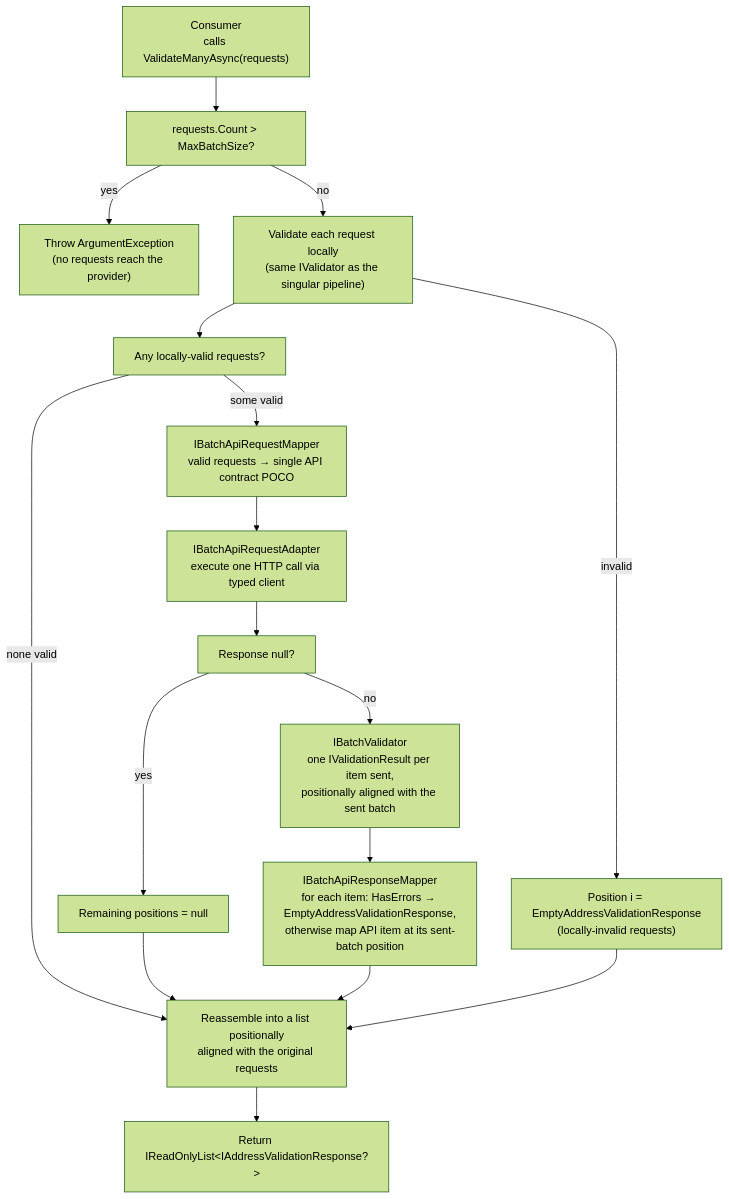
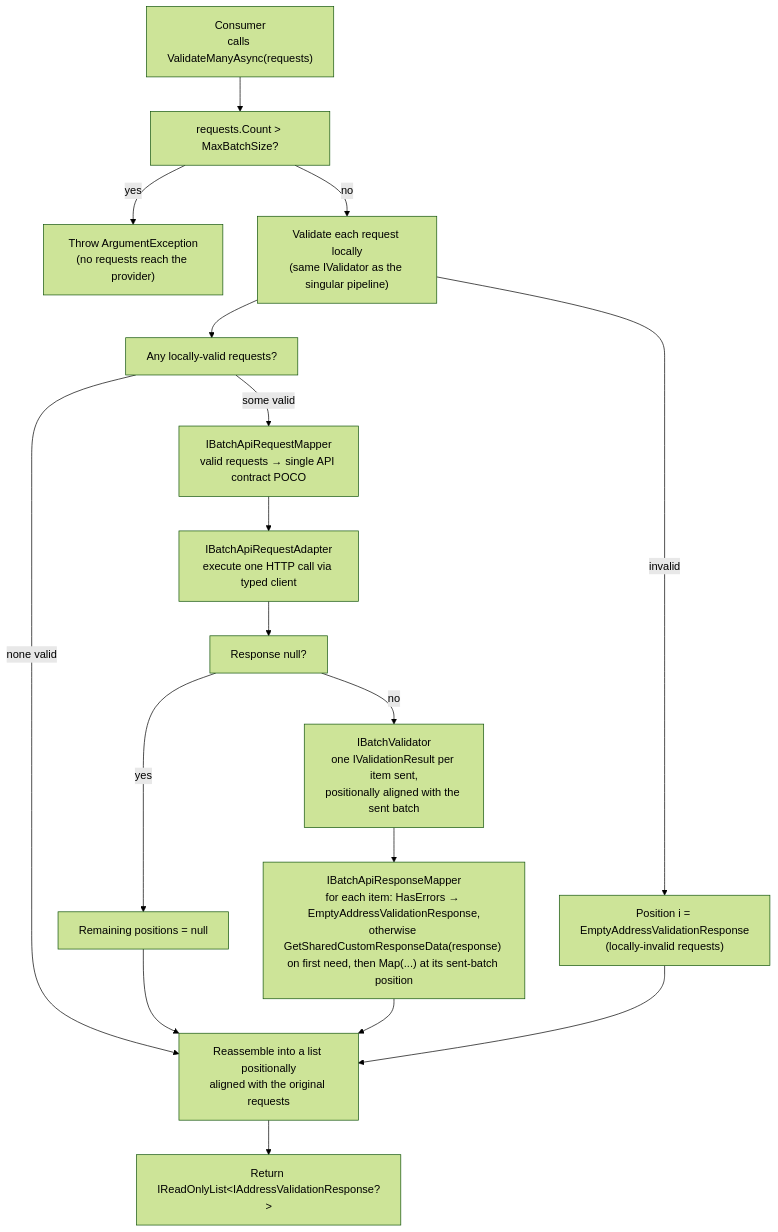
The second of 2 diagrams in ARCHITECTURE.md (visus-io/AddressValidation), drawn with Mermaid (forest theme) before and after one commit. The commit also changed other lines of this file and 11 other files, not shown here.

Commit message:
chore: further optimizations to batch address validation (#290)

````diff
--- a/ARCHITECTURE.md
+++ b/ARCHITECTURE.md
@@ -162,33 +162,33 @@
 ```mermaid
 flowchart TD
     Consumer["Consumer\ncalls ValidateManyAsync(requests)"]
     SizeCheck["requests.Count > MaxBatchSize?"]
     Throw["Throw ArgumentException\n(no requests reach the provider)"]
     Partition["Validate each request locally\n(same IValidator<TRequest> as the singular pipeline)"]
     Empty1["Position i = EmptyAddressValidationResponse\n(locally-invalid requests)"]
     AnyValid["Any locally-valid requests?"]
     MapReq["IBatchApiRequestMapper\nvalid requests → single API contract POCO"]
     Adapter["IBatchApiRequestAdapter\nexecute one HTTP call via typed client"]
     NullResp["Response null?"]
     NullSlots["Remaining positions = null"]
     ValResp["IBatchValidator\none IValidationResult per item sent,\npositionally aligned with the sent batch"]
-    MapResp["IBatchApiResponseMapper\nfor each item: HasErrors → EmptyAddressValidationResponse,\notherwise map API item at its sent-batch position"]
+    MapResp["IBatchApiResponseMapper\nfor each item: HasErrors → EmptyAddressValidationResponse,\notherwise GetSharedCustomResponseData(response) on first need, then Map(...) at its sent-batch position"]
     Reassemble["Reassemble into a list positionally\naligned with the original requests"]
     Consumer2["Return IReadOnlyList&lt;IAddressValidationResponse?&gt;"]
 
     Consumer --> SizeCheck
     SizeCheck -- "yes" --> Throw
     SizeCheck -- "no" --> Partition
     Partition -- "invalid" --> Empty1
     Partition --> AnyValid
     AnyValid -- "none valid" --> Reassemble
     AnyValid -- "some valid" --> MapReq
     MapReq --> Adapter
     Adapter --> NullResp
     NullResp -- "yes" --> NullSlots --> Reassemble
     NullResp -- "no" --> ValResp
     ValResp --> MapResp
     MapResp --> Reassemble
     Empty1 --> Reassemble
     Reassemble --> Consumer2
 ```
````
